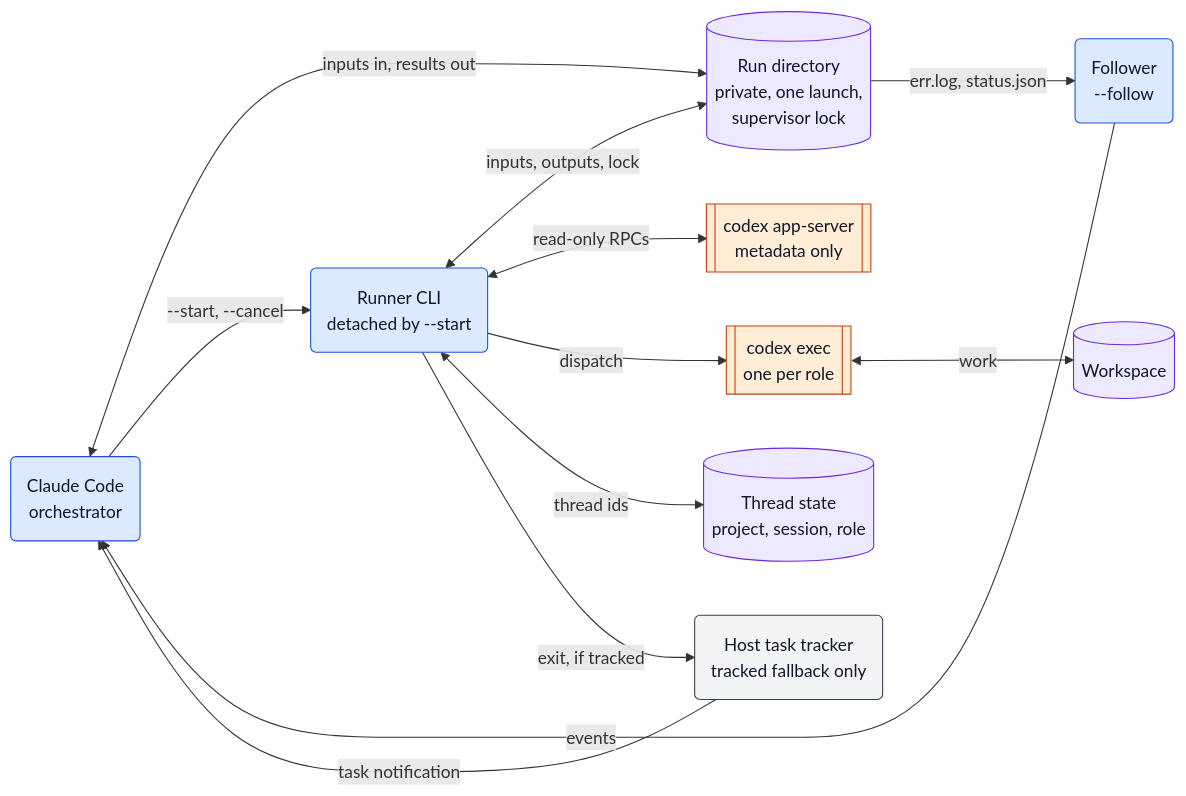
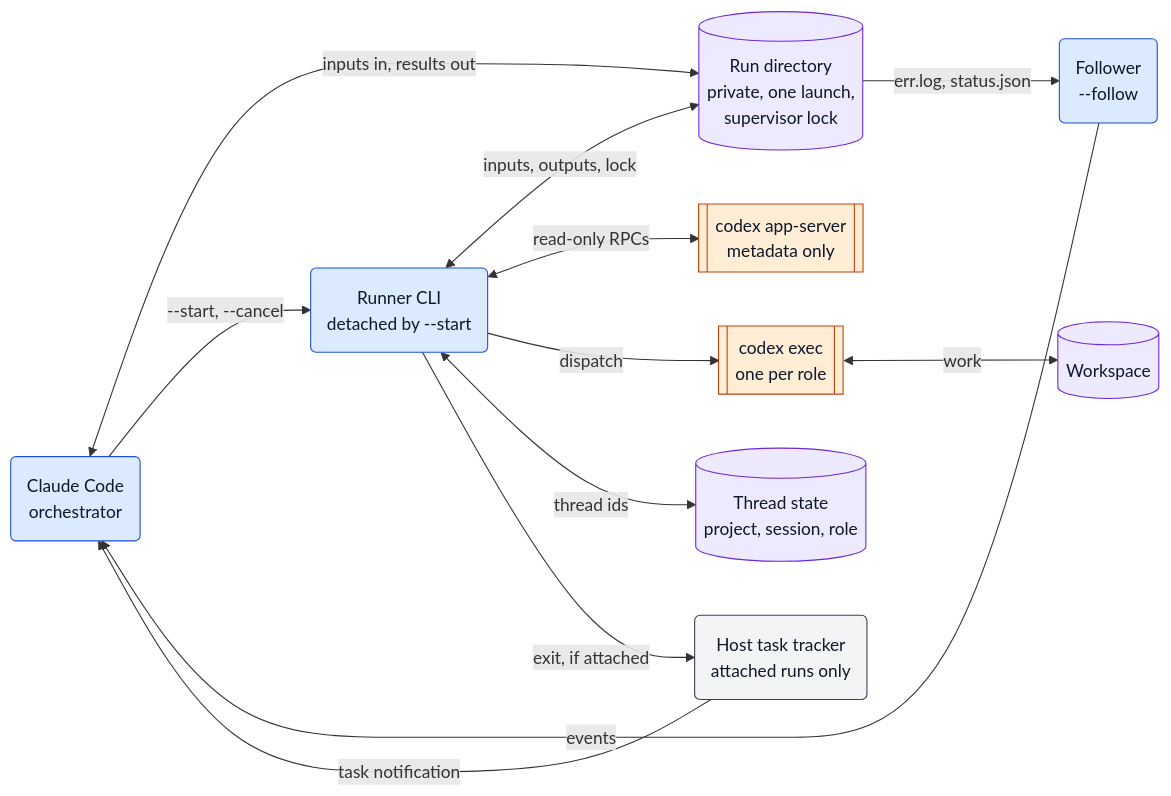
Before and after one commit to ehzawad/codex-council: the diagram in docs/diagrams/d10-components.mmd, drawn with Mermaid. The commit also changed 9 other files, not shown here.

```diff
--- a/docs/diagrams/d10-components.mmd
+++ b/docs/diagrams/d10-components.mmd
@@ -1,31 +1,31 @@
 flowchart LR
     Claude("Claude Code<br/>orchestrator")
-    Host("Host task tracker<br/>tracked fallback only")
+    Host("Host task tracker<br/>attached runs only")
     Runner("Runner CLI<br/>detached by --start")
     Follower("Follower<br/>--follow")
     RunDir[("Run directory<br/>private, one launch,<br/>supervisor lock")]
     State[("Thread state<br/>project, session, role")]
     AppServer[["codex app-server<br/>metadata only"]]
     Workers[["codex exec<br/>one per role"]]
     Workspace[("Workspace")]
 
     Claude <-->|"inputs in, results out"| RunDir
     Claude -->|"--start, --cancel"| Runner
     Runner <-->|"inputs, outputs, lock"| RunDir
     Runner <-->|"read-only RPCs"| AppServer
     Runner -->|"dispatch"| Workers
     Workers <-->|"work"| Workspace
     Runner <-->|"thread ids"| State
     RunDir -->|"err.log, status.json"| Follower
     Follower -->|"events"| Claude
-    Runner -->|"exit, if tracked"| Host
+    Runner -->|"exit, if attached"| Host
     Host -->|"task notification"| Claude
 
     classDef ours fill:#dbeafe,stroke:#1d4ed8,color:#0f172a
     classDef ext fill:#ffedd5,stroke:#c2410c,color:#0f172a
     classDef data fill:#ede9fe,stroke:#6d28d9,color:#0f172a
     classDef person fill:#f3f4f6,stroke:#374151,color:#111827
     class Claude,Runner,Follower ours
     class AppServer,Workers ext
     class RunDir,State,Workspace data
     class Host person
```
